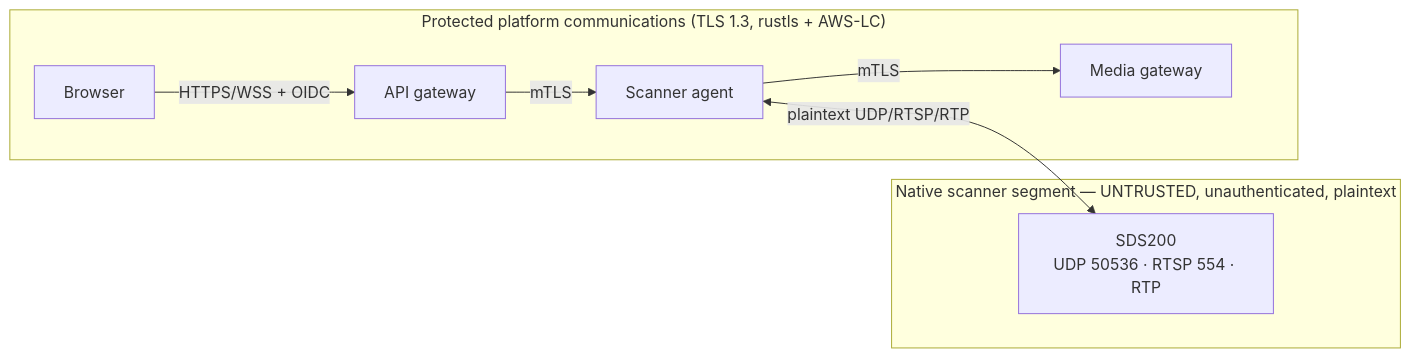
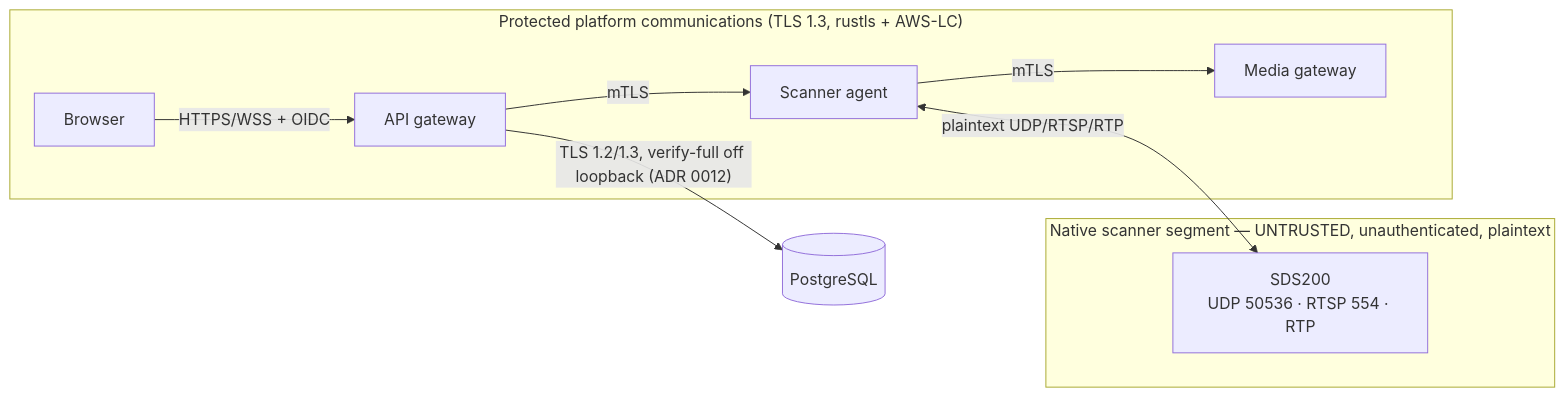
Before and after one commit to 1456055067/radio-platform: the diagram in docs/security-architecture.md, drawn with Mermaid. The commit also changed other lines of this file and 30 other files, not shown here.

First line of the commit message:
PostgreSQL TLS: require verify-full off loopback (ADR 0012)

````diff
--- a/docs/security-architecture.md
+++ b/docs/security-architecture.md
@@ -8,12 +8,13 @@
 ```mermaid
 flowchart LR
     subgraph Protected["Protected platform communications (TLS 1.3, rustls + AWS-LC)"]
         UI[Browser] -- HTTPS/WSS + OIDC --> API[API gateway]
         API -- mTLS --> AG[Scanner agent]
         AG -- mTLS --> MG[Media gateway]
     end
     subgraph Native["Native scanner segment — UNTRUSTED, unauthenticated, plaintext"]
         SC[SDS200<br/>UDP 50536 · RTSP 554 · RTP]
     end
     AG <-- plaintext UDP/RTSP/RTP --> SC
+    API -- "TLS 1.2/1.3, verify-full off loopback (ADR 0012)" --> DB[(PostgreSQL)]
 ```
````
